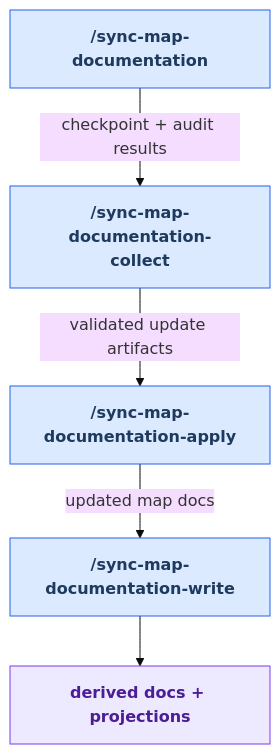
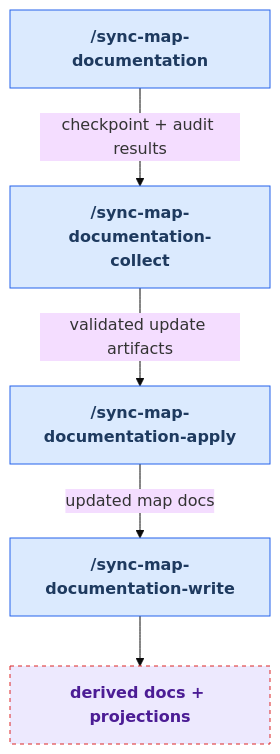
Before and after one commit to russell-laing/al-dev-shared: the diagram in docs/maintainer-tooling/map-sync.md, drawn with Mermaid (base theme). The commit also changed other lines of this file and 8 other files, not shown here.

````diff
--- a/docs/maintainer-tooling/map-sync.md
+++ b/docs/maintainer-tooling/map-sync.md
@@ -41,22 +42,23 @@
 ```mermaid
 flowchart TD
     classDef userSkill fill:#dbeafe,stroke:#2563eb,color:#1e3a5f,font-weight:bold
     classDef artifact fill:#ede9fe,stroke:#7c3aed,color:#4c1d95,font-weight:bold
+    classDef orphanArtifact fill:#ede9fe,stroke:#dc2626,color:#4c1d95,stroke-dasharray:4 4,font-weight:bold
 
     skill_sync_documentation_maps["/sync-map-documentation"]
     skill_sync_documentation_maps_collect["/sync-map-documentation-collect"]
     skill_sync_documentation_maps_apply["/sync-map-documentation-apply"]
     skill_sync_documentation_maps_write["/sync-map-documentation-write"]
     art_generated["derived docs + projections"]
 
     skill_sync_documentation_maps -- "checkpoint + audit results" --> skill_sync_documentation_maps_collect
     skill_sync_documentation_maps_collect -- "validated update artifacts" --> skill_sync_documentation_maps_apply
     skill_sync_documentation_maps_apply -- "updated map docs" --> skill_sync_documentation_maps_write
     skill_sync_documentation_maps_write --> art_generated
 
     class skill_sync_documentation_maps userSkill
     class skill_sync_documentation_maps_collect userSkill
     class skill_sync_documentation_maps_apply userSkill
     class skill_sync_documentation_maps_write userSkill
-    class art_generated artifact
+    class art_generated orphanArtifact
 ```
````
